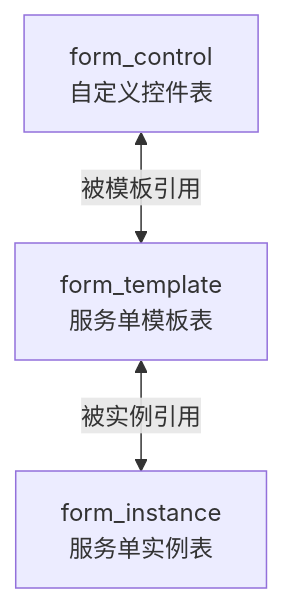
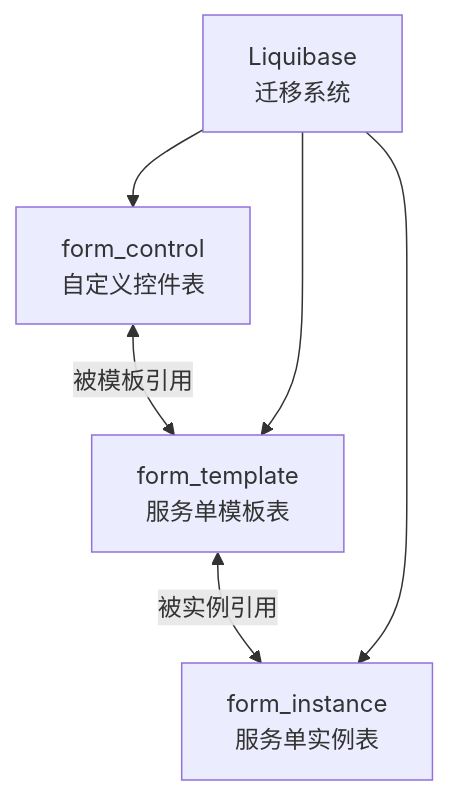
The first of 3 diagrams in .qoder/repowiki/zh/content/数据库设计/数据库设计.md (NJMrLi/genetics), drawn with Mermaid before and after one commit. The commit also changed other lines of this file and 19 other files, not shown here.

````diff
--- a/.qoder/repowiki/zh/content/数据库设计/数据库设计.md
+++ b/.qoder/repowiki/zh/content/数据库设计/数据库设计.md
@@ -29,8 +51,11 @@
 ```mermaid
 graph TB
 FC["form_control<br/>自定义控件表"]
 FT["form_template<br/>服务单模板表"]
 FI["form_instance<br/>服务单实例表"]
 FC <-- "被模板引用" --> FT
 FT <-- "被实例引用" --> FI
+LQ["Liquibase<br/>迁移系统"] --> FC
+LQ --> FT
+LQ --> FI
 ```
````
